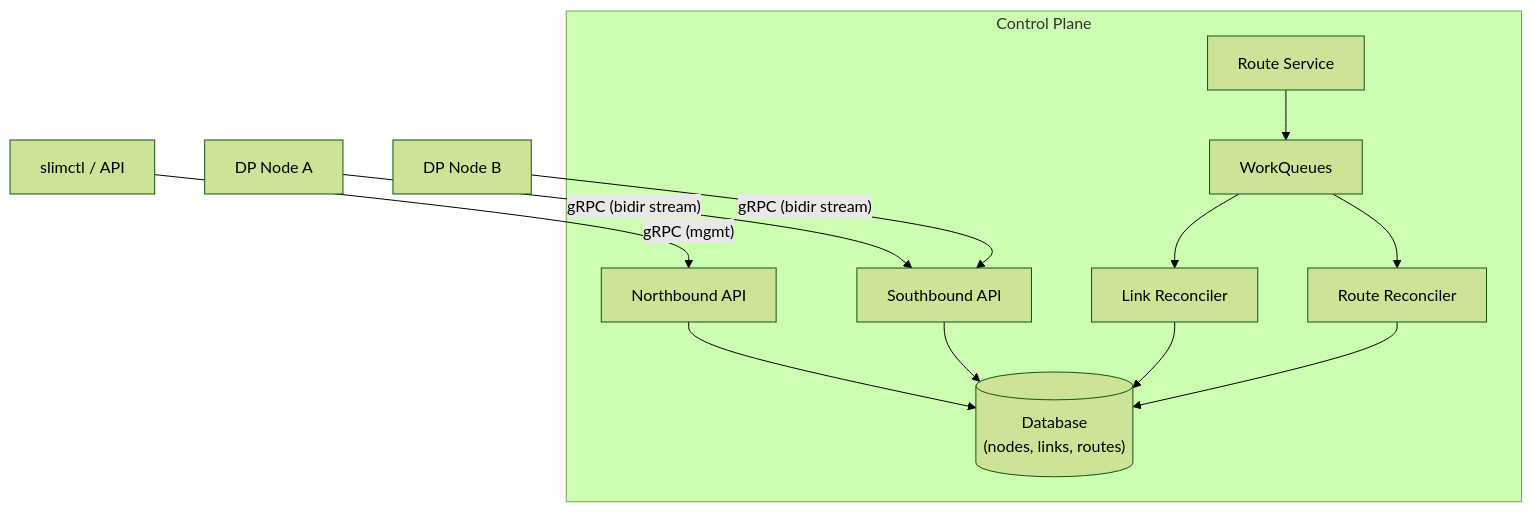
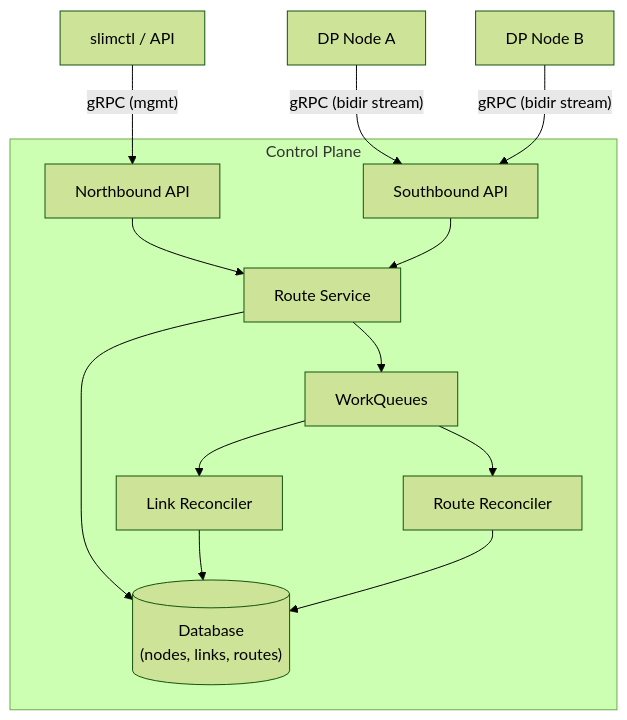
The first of 4 diagrams in data-plane/control-plane/README.md (agntcy/slim), drawn with Mermaid (forest theme) before and after one commit.

Commit message:
fix: reconciliation working

````diff
--- a/data-plane/control-plane/README.md
+++ b/data-plane/control-plane/README.md
@@ -45,24 +45,17 @@
 ```mermaid
 graph TD
+    slimctl["slimctl / API"] -- "gRPC (mgmt)" --> NB
+    DPA["DP Node A"] -- "gRPC (bidir stream)" --> SB
+    DPB["DP Node B"] -- "gRPC (bidir stream)" --> SB
+
     subgraph CP["Control Plane"]
-        NB["Northbound API"]
-        RS["Route Service"]
-        SB["Southbound API"]
-        WQ["WorkQueues"]
-        LR["Link Reconciler"]
-        RR["Route Reconciler"]
-        DB[("Database\n(nodes, links, routes)")]
-
-        RS --> WQ
-        WQ --> LR
-        WQ --> RR
-        NB --> DB
-        SB --> DB
+        NB["Northbound API"] --> RS["Route Service"]
+        SB["Southbound API"] --> RS
+        RS --> WQ["WorkQueues"]
+        WQ --> LR["Link Reconciler"]
+        WQ --> RR["Route Reconciler"]
+        RS --> DB[("Database\n(nodes, links, routes)")]
         LR --> DB
         RR --> DB
     end
-
-    slimctl["slimctl / API"] -- "gRPC (mgmt)" --> NB
-    DPA["DP Node A"] -- "gRPC (bidir stream)" --> SB
-    DPB["DP Node B"] -- "gRPC (bidir stream)" --> SB
 ```
````
